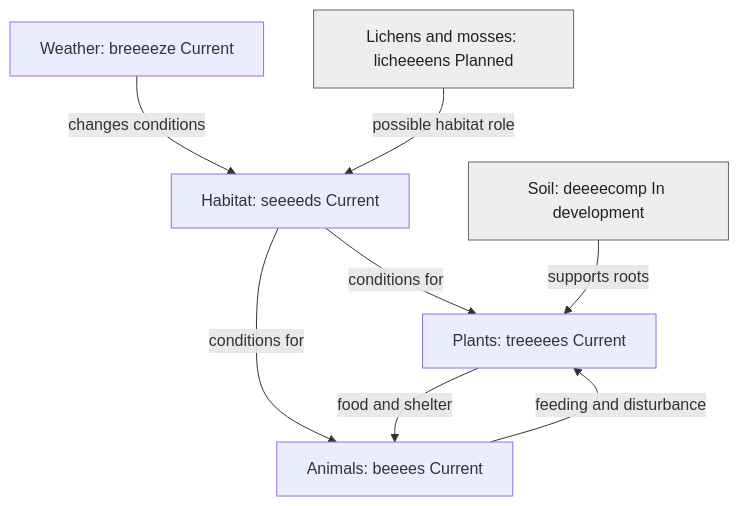
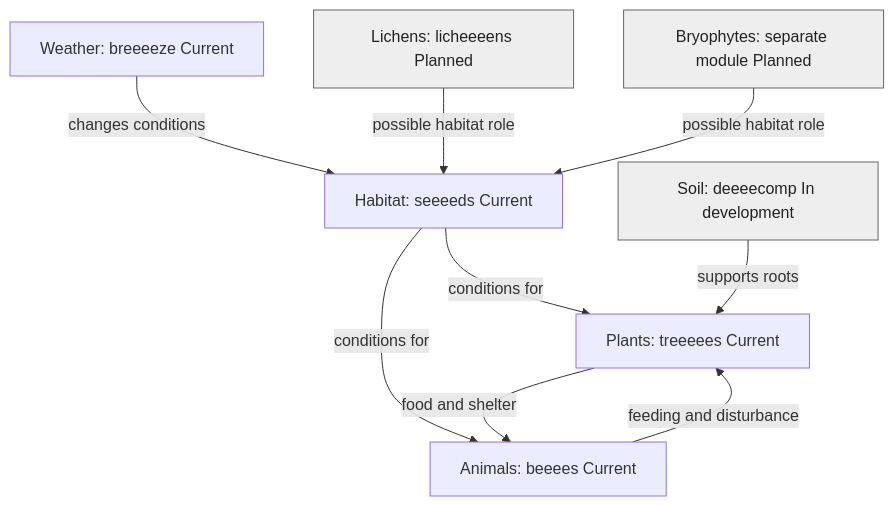
The diagram in docs/earth-systems/ecosystems.md (eeeearth/eeeearth), drawn with Mermaid before and after one commit. The commit also changed other lines of this file and 2 other files, not shown here.

Commit message:
docs: record approved lichen and bryophyte scope (#2)

````diff
--- a/docs/earth-systems/ecosystems.md
+++ b/docs/earth-systems/ecosystems.md
@@ -7,12 +7,13 @@
 ```mermaid
 flowchart TD
   H[Habitat: seeeeds Current] -->|conditions for| P[Plants: treeeees Current]
   H -->|conditions for| A[Animals: beeees Current]
   P -->|food and shelter| A
   A -->|feeding and disturbance| P
   W[Weather: breeeeze Current] -->|changes conditions| H
   S[Soil: deeeecomp In development] -->|supports roots| P
-  L[Lichens and mosses: licheeeens Planned] -->|possible habitat role| H
+  L[Lichens: licheeeens Planned] -->|possible habitat role| H
+  B[Bryophytes: separate module Planned] -->|possible habitat role| H
   classDef future fill:#eeeeee,stroke:#666,color:#222
-  class S,L future
+  class S,L,B future
 ```
````
